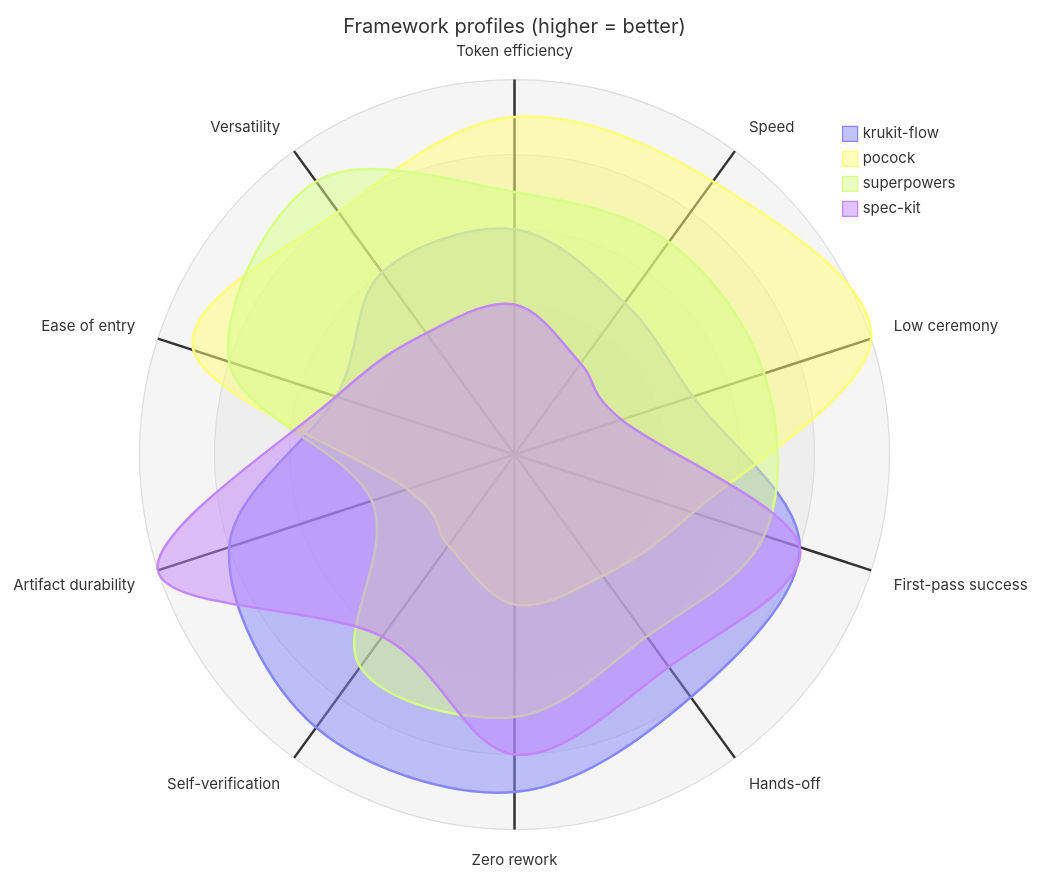
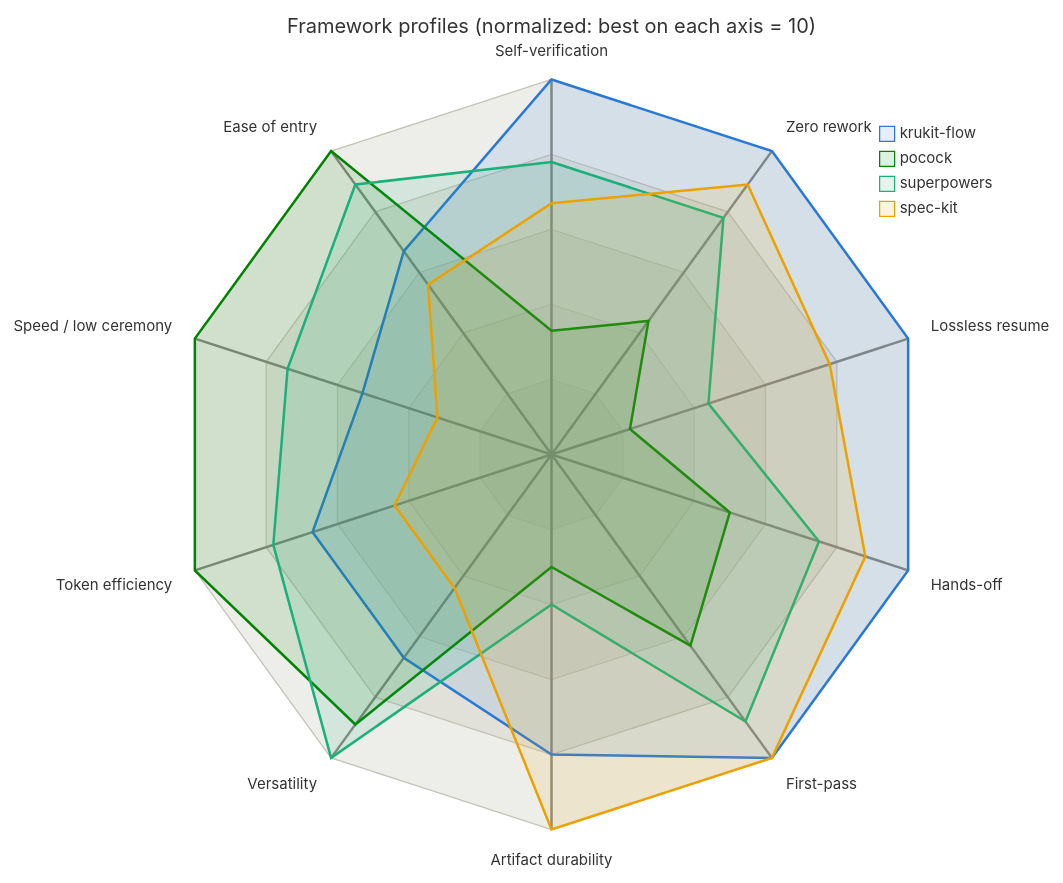
Before and after one commit to Todmy/krukit-flow: the diagram in README.md, drawn with Mermaid. The commit also changed other lines of this file, not shown here.

Commit message:
README: radar to top, brand colors via theme config, normalized axes incl. lossless resume

````diff
--- a/README.md
+++ b/README.md
@@ -17,12 +9,26 @@
 ```mermaid
+---
+config:
+  theme: base
+  themeVariables:
+    cScale0: "#2a78d6"
+    cScale1: "#008300"
+    cScale2: "#1baf7a"
+    cScale3: "#eda100"
+    radar:
+      curveOpacity: 0.12
+      graticuleColor: "#c3c2b7"
+      axisColor: "#898781"
+---
 radar-beta
-  title Framework profiles (higher = better)
-  axis te["Token efficiency"], sp["Speed"], lc["Low ceremony"], fp["First-pass success"], ho["Hands-off"]
-  axis zr["Zero rework"], sv["Self-verification"], ad["Artifact durability"], ee["Ease of entry"], vs["Versatility"]
-  curve k["krukit-flow"]{6, 5, 5, 8, 8, 9, 9, 8, 5, 6}
-  curve p["pocock"]{9, 9, 10, 5, 4, 4, 3, 3, 9, 8}
-  curve s["superpowers"]{7, 7, 7, 7, 6, 7, 7, 4, 8, 9}
-  curve g["spec-kit"]{4, 3, 3, 8, 7, 8, 6, 10, 5, 4}
+  title Framework profiles (normalized: best on each axis = 10)
+  axis sv["Self-verification"], zr["Zero rework"], lr["Lossless resume"], ho["Hands-off"], fp["First-pass"]
+  axis ad["Artifact durability"], vs["Versatility"], te["Token efficiency"], sl["Speed / low ceremony"], ee["Ease of entry"]
+  curve k["krukit-flow"]{10, 10, 10, 10, 10, 8, 6.7, 6.7, 5.3, 6.7}
+  curve p["pocock"]{3.3, 4.4, 2.2, 5, 6.3, 3, 8.9, 10, 10, 10}
+  curve s["superpowers"]{7.8, 7.8, 4.4, 7.5, 8.8, 4, 10, 7.8, 7.4, 8.9}
+  curve g["spec-kit"]{6.7, 8.9, 7.8, 8.8, 10, 10, 4.4, 4.4, 3.2, 5.6}
   max 10
   min 0
+  graticule polygon
 ```
````
